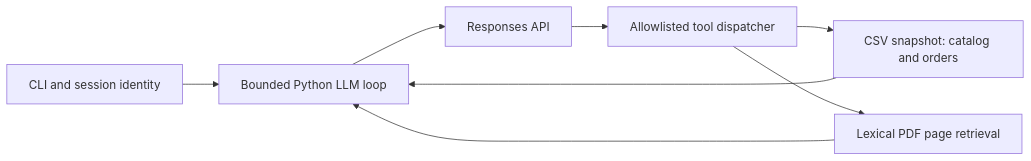
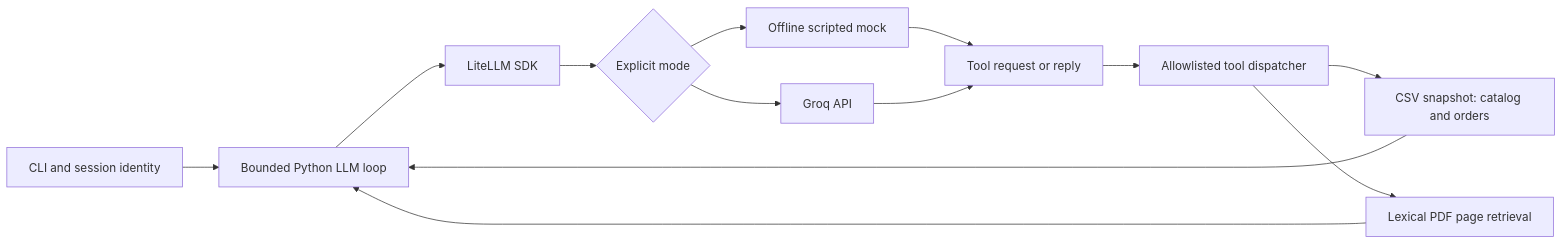
The diagram in README.md (flaviagaia/emporio-musica-ai-agent), drawn with Mermaid before and after one commit. The commit also changed other lines of this file and 16 other files, not shown here.

Commit message:
Use LiteLLM with offline mock default, opt-in Groq and no retry or paid fallback

````diff
--- a/README.md
+++ b/README.md
@@ -55,10 +83,15 @@
 ```mermaid
 flowchart LR
     CLI[CLI and session identity] --> Agent[Bounded Python LLM loop]
-    Agent --> LLM[Responses API]
+    Agent --> SDK[LiteLLM SDK]
+    SDK --> Mode{Explicit mode}
+    Mode --> Mock[Offline scripted mock]
+    Mode --> Groq[Groq API]
+    Mock --> LLM[Tool request or reply]
+    Groq --> LLM
     LLM --> Tools[Allowlisted tool dispatcher]
     Tools --> CSV[CSV snapshot: catalog and orders]
     Tools --> PDF[Lexical PDF page retrieval]
     CSV --> Agent
     PDF --> Agent
 ```
````
